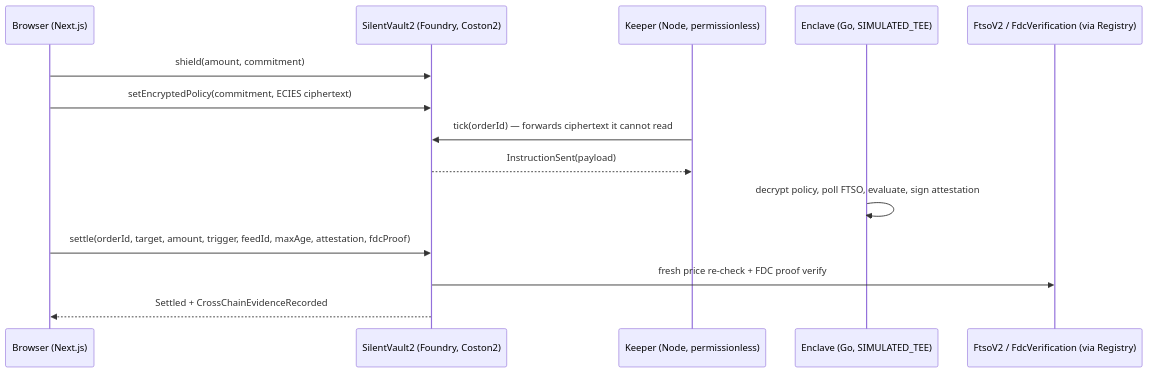
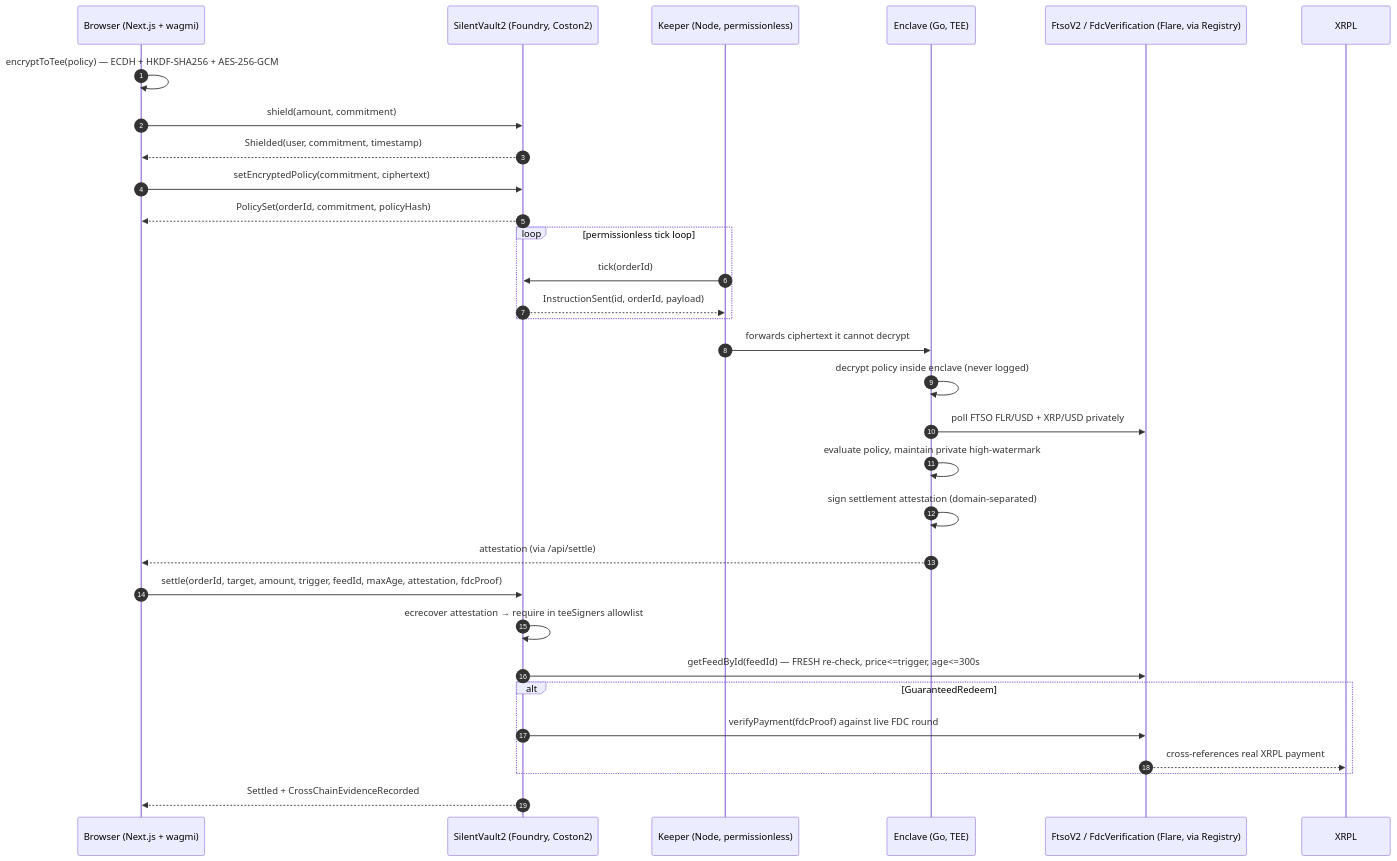
One commit to Aaditya1273/FLARE changed the first of 10 diagrams in README.md. Above: the diagram before and after it, drawn with Mermaid. The commit also changed other lines of this file, not shown here.

Commit message:
docs: rewrite README as full pitch doc - mermaid architecture/trust/market diagrams, competitive analysis, 6-month roadmap, hero banner

````diff
--- a/README.md
+++ b/README.md
@@ -39,17 +112,37 @@
 ```mermaid
 sequenceDiagram
-    participant U as Browser (Next.js)
+    autonumber
+    participant U as Browser (Next.js + wagmi)
     participant V as SilentVault2 (Foundry, Coston2)
     participant K as Keeper (Node, permissionless)
-    participant T as Enclave (Go, SIMULATED_TEE)
-    participant F as FtsoV2 / FdcVerification (via Registry)
+    participant T as Enclave (Go, TEE)
+    participant F as FtsoV2 / FdcVerification (Flare, via Registry)
+    participant X as XRPL
 
+    U->>U: encryptToTee(policy) — ECDH + HKDF-SHA256 + AES-256-GCM
     U->>V: shield(amount, commitment)
-    U->>V: setEncryptedPolicy(commitment, ECIES ciphertext)
-    K->>V: tick(orderId) — forwards ciphertext it cannot read
-    V-->>K: InstructionSent(payload)
-    T->>T: decrypt policy, poll FTSO, evaluate, sign attestation
+    V-->>U: Shielded(user, commitment, timestamp)
+    U->>V: setEncryptedPolicy(commitment, ciphertext)
+    V-->>U: PolicySet(orderId, commitment, policyHash)
+
+    loop permissionless tick loop
+        K->>V: tick(orderId)
+        V-->>K: InstructionSent(id, orderId, payload)
+    end
+
+    K->>T: forwards ciphertext it cannot decrypt
+    T->>T: decrypt policy inside enclave (never logged)
+    T->>F: poll FTSO FLR/USD + XRP/USD privately
+    T->>T: evaluate policy, maintain private high-watermark
+    T->>T: sign settlement attestation (domain-separated)
+    T-->>U: attestation (via /api/settle)
+
     U->>V: settle(orderId, target, amount, trigger, feedId, maxAge, attestation, fdcProof)
-    V->>F: fresh price re-check + FDC proof verify
+    V->>V: ecrecover attestation → require in teeSigners allowlist
+    V->>F: getFeedById(feedId) — FRESH re-check, price<=trigger, age<=300s
+    alt GuaranteedRedeem
+        V->>F: verifyPayment(fdcProof) against live FDC round
+        F-->>X: cross-references real XRPL payment
+    end
     V-->>U: Settled + CrossChainEvidenceRecorded
 ```
````
